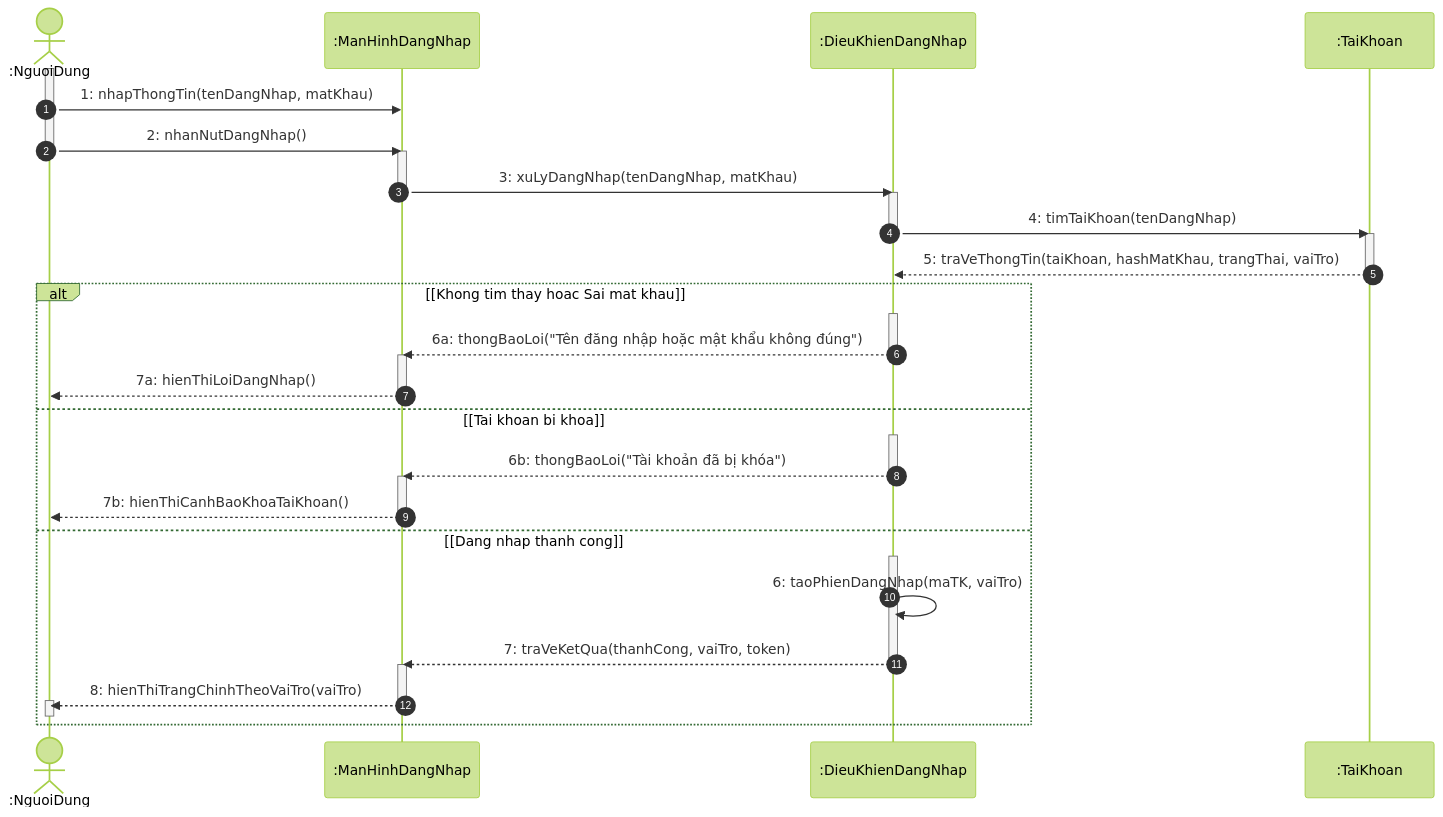
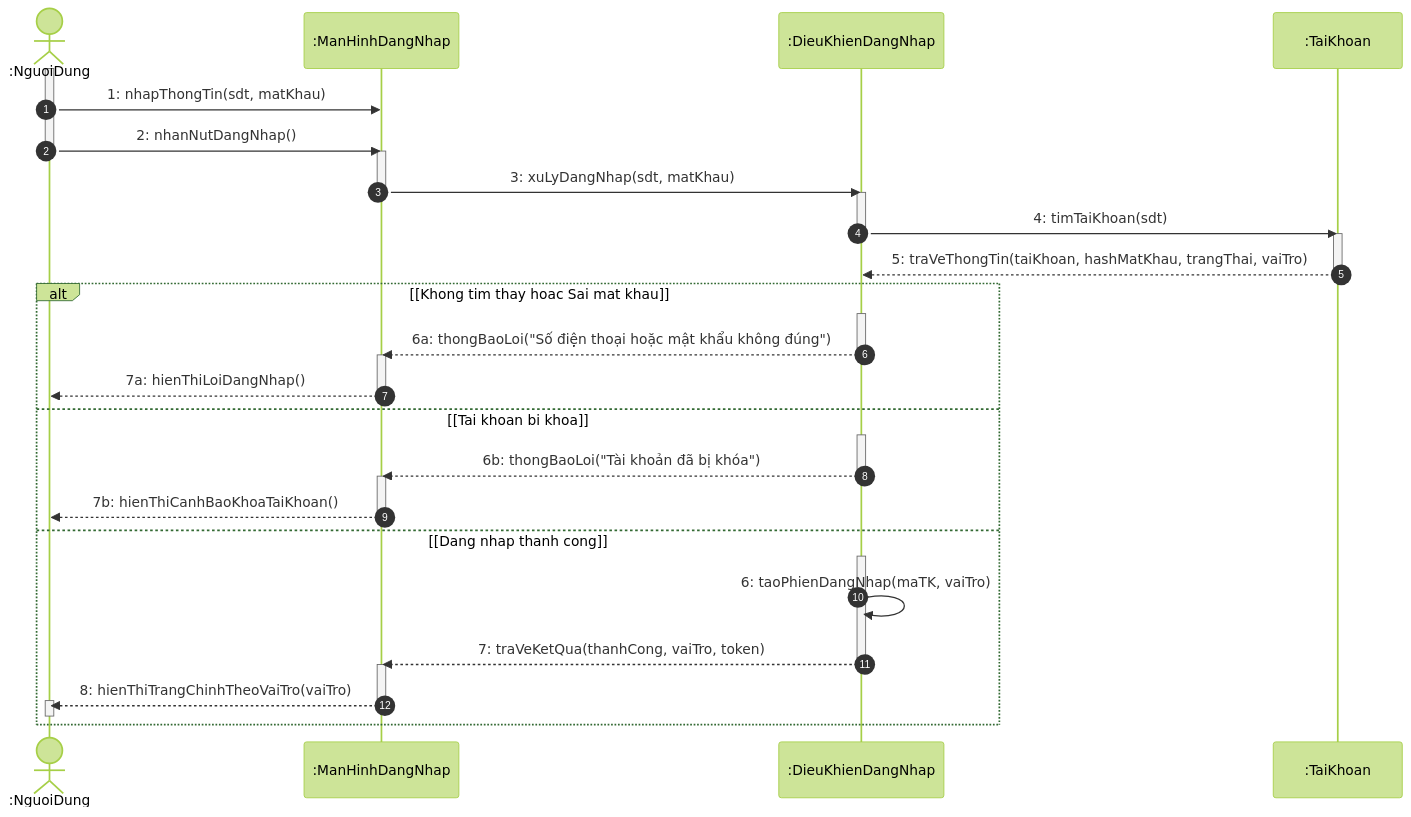
Before and after one commit to Longcodepro/Project_OOAD_HK1_2026-2027: the seventh of 22 diagrams in docs/sequence/Sequence_diagram.md, drawn with Mermaid (forest theme). The commit also changed other lines of this file and 4 other files, not shown here.

````diff
--- a/docs/sequence/Sequence_diagram.md
+++ b/docs/sequence/Sequence_diagram.md
@@ -506,49 +721,49 @@
 ```mermaid
 sequenceDiagram
     autonumber
     actor ND as :NguoiDung
     participant MH_DN as :ManHinhDangNhap
     participant DK_DN as :DieuKhienDangNhap
     participant TK as :TaiKhoan
 
     activate ND
-    ND ->> MH_DN: 1: nhapThongTin(tenDangNhap, matKhau)
+    ND ->> MH_DN: 1: nhapThongTin(sdt, matKhau)
     ND ->> MH_DN: 2: nhanNutDangNhap()
     deactivate ND
     activate MH_DN
-    MH_DN ->> DK_DN: 3: xuLyDangNhap(tenDangNhap, matKhau)
+    MH_DN ->> DK_DN: 3: xuLyDangNhap(sdt, matKhau)
     deactivate MH_DN
 
     activate DK_DN
-    DK_DN ->> TK: 4: timTaiKhoan(tenDangNhap)
+    DK_DN ->> TK: 4: timTaiKhoan(sdt)
     deactivate DK_DN
     activate TK
     TK -->> DK_DN: 5: traVeThongTin(taiKhoan, hashMatKhau, trangThai, vaiTro)
     deactivate TK
 
     alt [Khong tim thay hoac Sai mat khau]
         activate DK_DN
-        DK_DN -->> MH_DN: 6a: thongBaoLoi("Tên đăng nhập hoặc mật khẩu không đúng")
+        DK_DN -->> MH_DN: 6a: thongBaoLoi("Số điện thoại hoặc mật khẩu không đúng")
         deactivate DK_DN
         activate MH_DN
         MH_DN -->> ND: 7a: hienThiLoiDangNhap()
         deactivate MH_DN
     else [Tai khoan bi khoa]
         activate DK_DN
         DK_DN -->> MH_DN: 6b: thongBaoLoi("Tài khoản đã bị khóa")
         deactivate DK_DN
         activate MH_DN
         MH_DN -->> ND: 7b: hienThiCanhBaoKhoaTaiKhoan()
         deactivate MH_DN
     else [Dang nhap thanh cong]
         activate DK_DN
         DK_DN ->> DK_DN: 6: taoPhienDangNhap(maTK, vaiTro)
         DK_DN -->> MH_DN: 7: traVeKetQua(thanhCong, vaiTro, token)
         deactivate DK_DN
         activate MH_DN
         MH_DN -->> ND: 8: hienThiTrangChinhTheoVaiTro(vaiTro)
         deactivate MH_DN
         activate ND
         deactivate ND
     end
 ```
````
